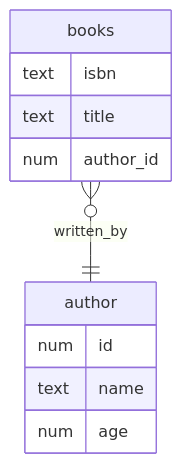
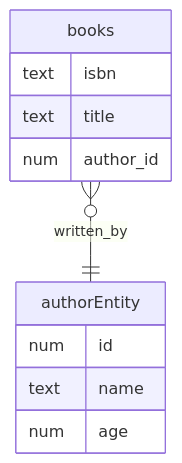
The diagram in 6_api/README.md (prasanvb/sprintBoot), drawn with Mermaid before and after one commit. The commit also changed other lines of this file and 26 other files, not shown here.

Commit message:
refactor: restructure API project and update entity mappings for Author and Book

````diff
--- a/6_api/README.md
+++ b/6_api/README.md
@@ -11,16 +11,16 @@
 ```mermaid
     erDiagram
         books {
             text isbn
             text title
             num author_id
         }
     
-        author {
+        authorEntity {
             num id
             text name
             num age
         }
     
-        books }o--|| author : "written_by"
+        books }o--|| authorEntity : "written_by"
 ```
````
